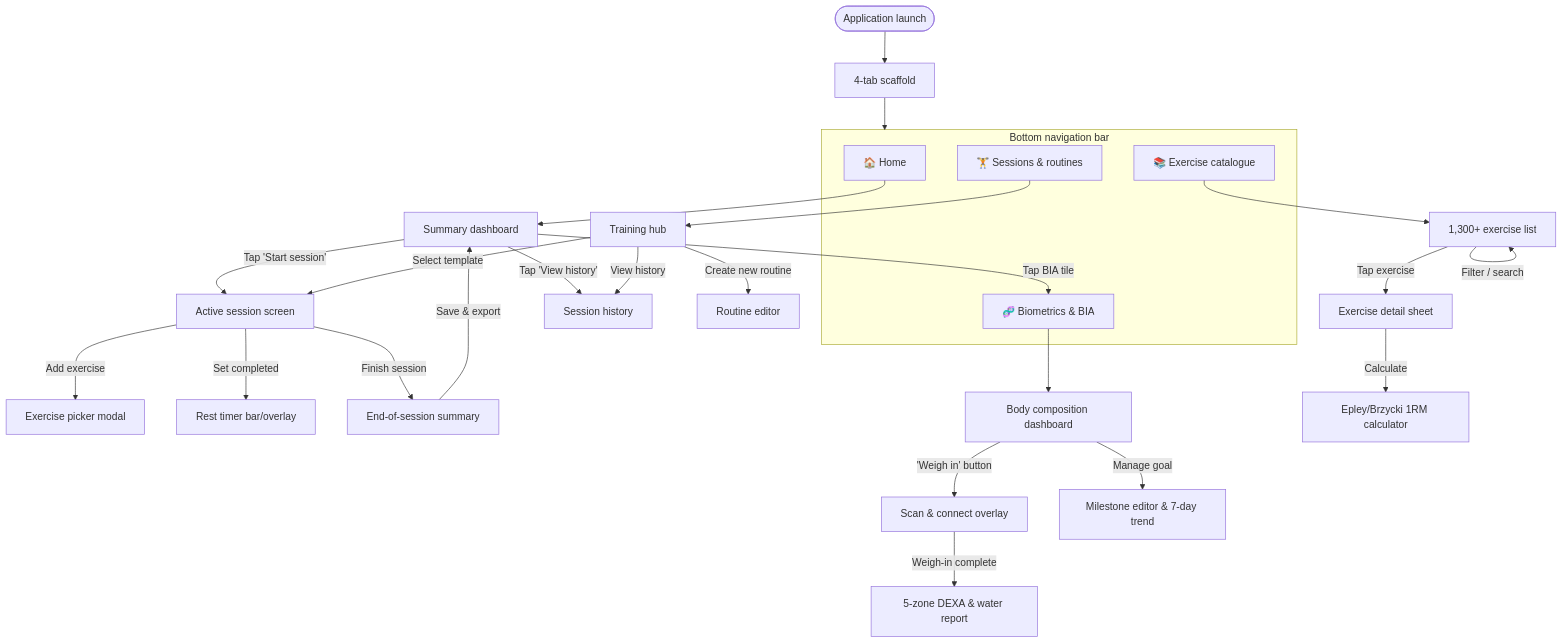
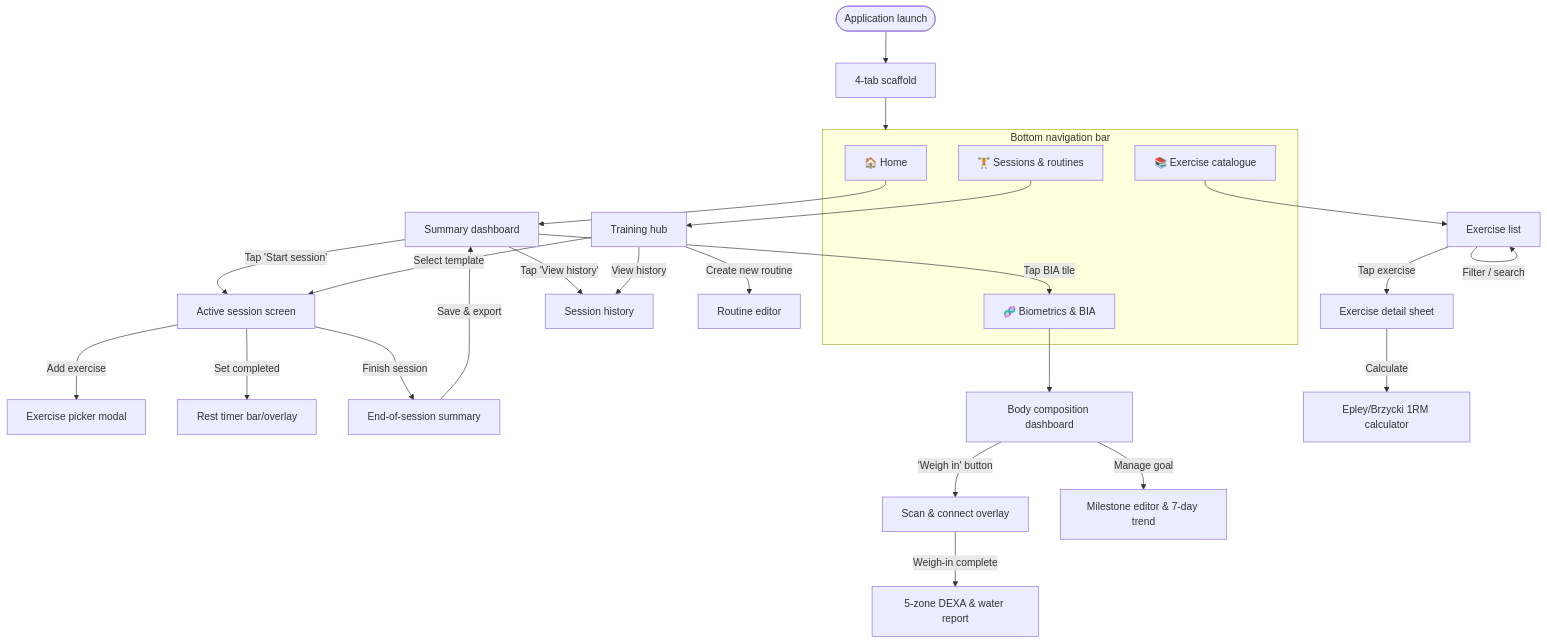
One commit to DevOpsBenjamin/BodyForger changed the first of 2 diagrams in docs/WAYFINDER_SCREENS.md. Above: the diagram before and after it, drawn with Mermaid. The commit also changed other lines of this file and 6 other files, not shown here.

````diff
--- a/docs/WAYFINDER_SCREENS.md
+++ b/docs/WAYFINDER_SCREENS.md
@@ -9,42 +9,42 @@
 ```mermaid
 flowchart TD
     AppStart([Application launch]) --> MainScaffold[4-tab scaffold]
 
     subgraph BottomNav [Bottom navigation bar]
         TabHome[🏠 Home]
         TabWorkout[🏋️ Sessions & routines]
         TabBIA[🧬 Biometrics & BIA]
         TabCatalog[📚 Exercise catalogue]
     end
 
     MainScaffold --> BottomNav
 
     %% --- TAB 1: HOME ---
     TabHome --> HomeView[Summary dashboard]
     HomeView -->|Tap 'Start session'| ActiveWorkoutView[Active session screen]
     HomeView -->|Tap BIA tile| TabBIA
     HomeView -->|Tap 'View history'| WorkoutHistoryView[Session history]
 
     %% --- TAB 2: WORKOUT ---
     TabWorkout --> WorkoutHub[Training hub]
     WorkoutHub -->|Select template| ActiveWorkoutView
     WorkoutHub -->|Create new routine| RoutineEditorView[Routine editor]
     WorkoutHub -->|View history| WorkoutHistoryView
 
     ActiveWorkoutView -->|Add exercise| ExercisePickerModal[Exercise picker modal]
     ActiveWorkoutView -->|Set completed| RestTimerModal[Rest timer bar/overlay]
     ActiveWorkoutView -->|Finish session| WorkoutSummaryView[End-of-session summary]
     WorkoutSummaryView -->|Save & export| HomeView
 
     %% --- TAB 3: BIOMETRICS ---
     TabBIA --> BIAHub[Body composition dashboard]
     BIAHub -->|'Weigh in' button| BLEScalePairing[Scan & connect overlay]
     BLEScalePairing -->|Weigh-in complete| BIAReportDetail[5-zone DEXA & water report]
     BIAHub -->|Manage goal| BodyGoalEditor[Milestone editor & 7-day trend]
 
     %% --- TAB 4: CATALOGUE ---
-    TabCatalog --> CatalogListView[1,300+ exercise list]
+    TabCatalog --> CatalogListView[Exercise list]
     CatalogListView -->|Filter / search| CatalogListView
     CatalogListView -->|Tap exercise| ExerciseDetailView[Exercise detail sheet]
     ExerciseDetailView -->|Calculate| OneRMCalculator[Epley/Brzycki 1RM calculator]
 ```
````
